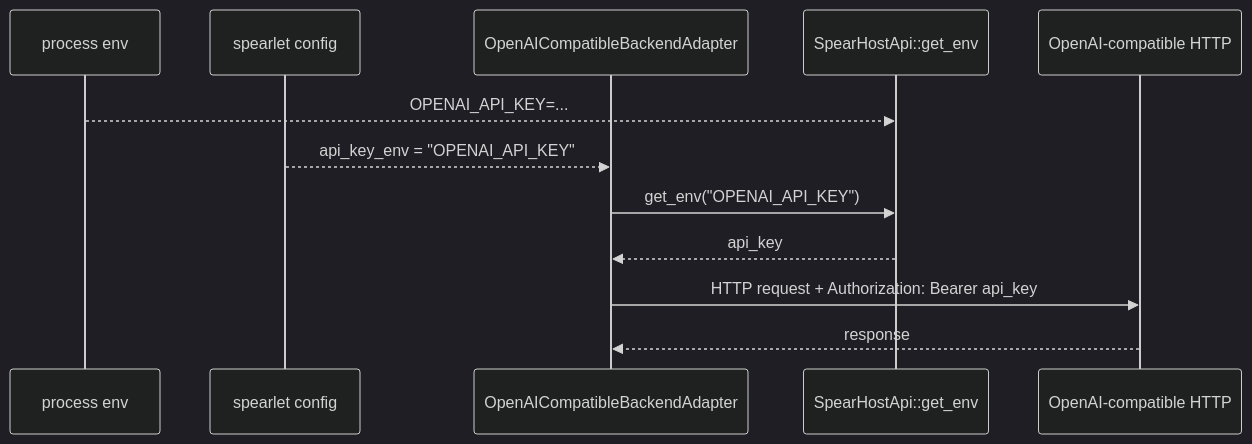
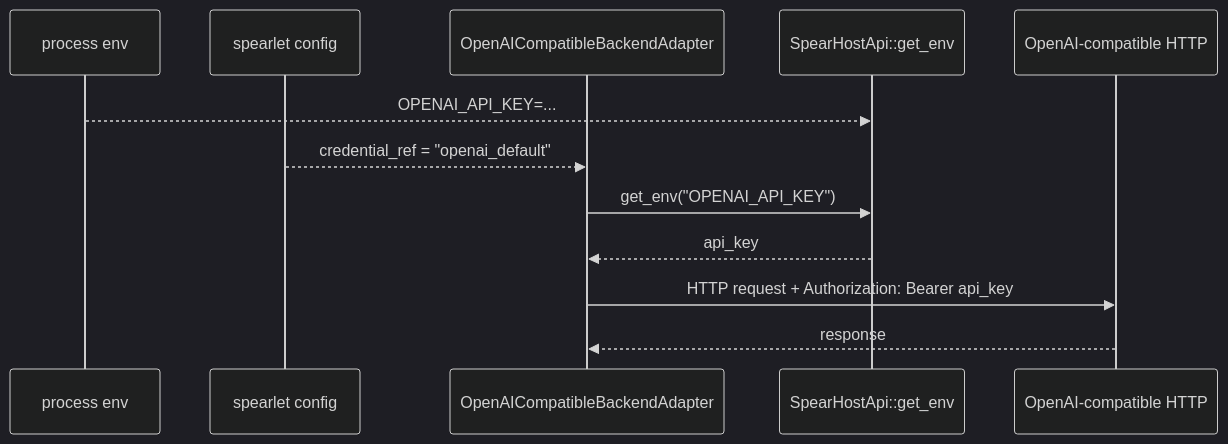
The fourth of 5 diagrams in docs/backend-adapter/implementation-plan-en.md (lfedgeai/SPEAR), drawn with Mermaid (dark theme) before and after one commit. The commit also changed other lines of this file and 28 other files, not shown here.

````diff
--- a/docs/backend-adapter/implementation-plan-en.md
+++ b/docs/backend-adapter/implementation-plan-en.md
@@ -78,15 +78,15 @@
 ```mermaid
 sequenceDiagram
   participant OS as process env
   participant C as spearlet config
   participant A as OpenAICompatibleBackendAdapter
   participant H as SpearHostApi::get_env
   participant O as OpenAI-compatible HTTP
 
   OS-->>H: OPENAI_API_KEY=...
-  C-->>A: api_key_env = "OPENAI_API_KEY"
+  C-->>A: credential_ref = "openai_default"
   A->>H: get_env("OPENAI_API_KEY")
   H-->>A: api_key
   A->>O: HTTP request + Authorization: Bearer api_key
   O-->>A: response
 ```
````
